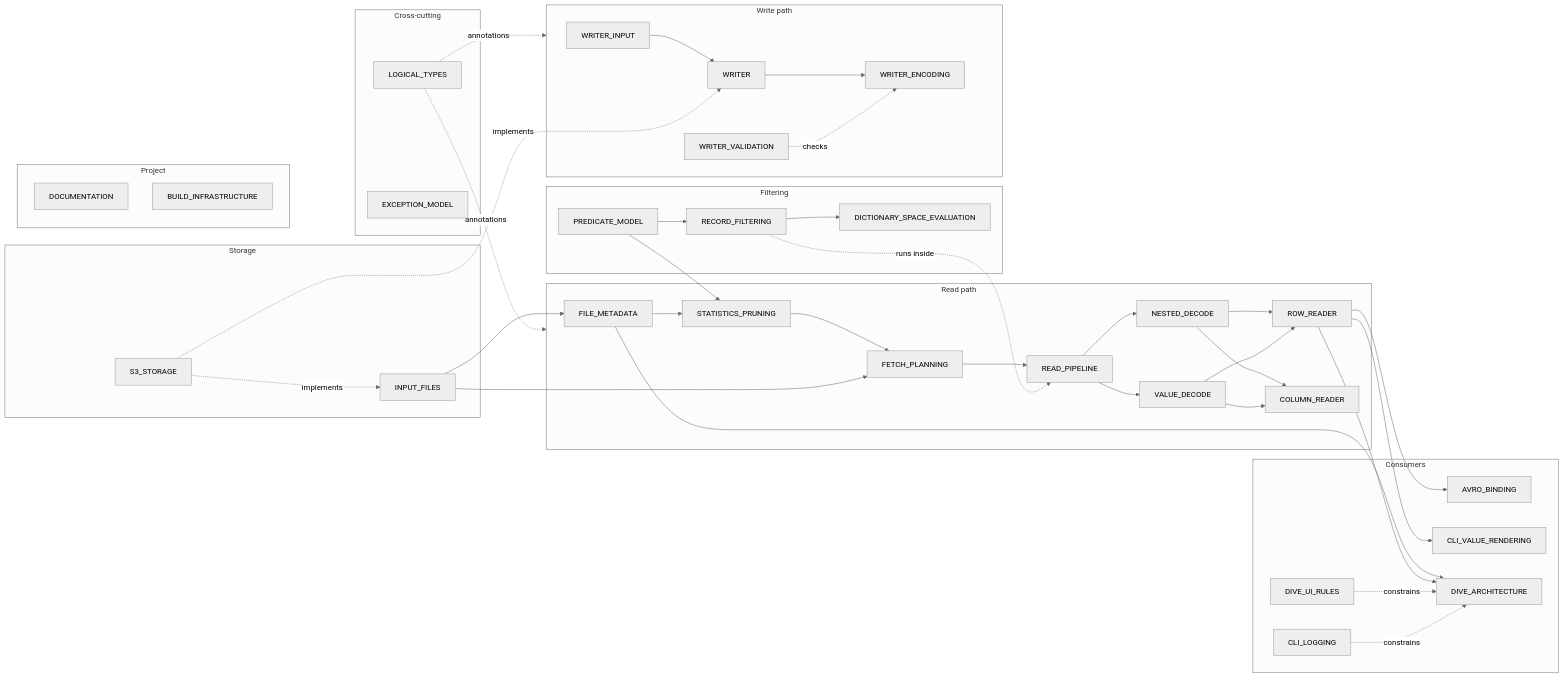
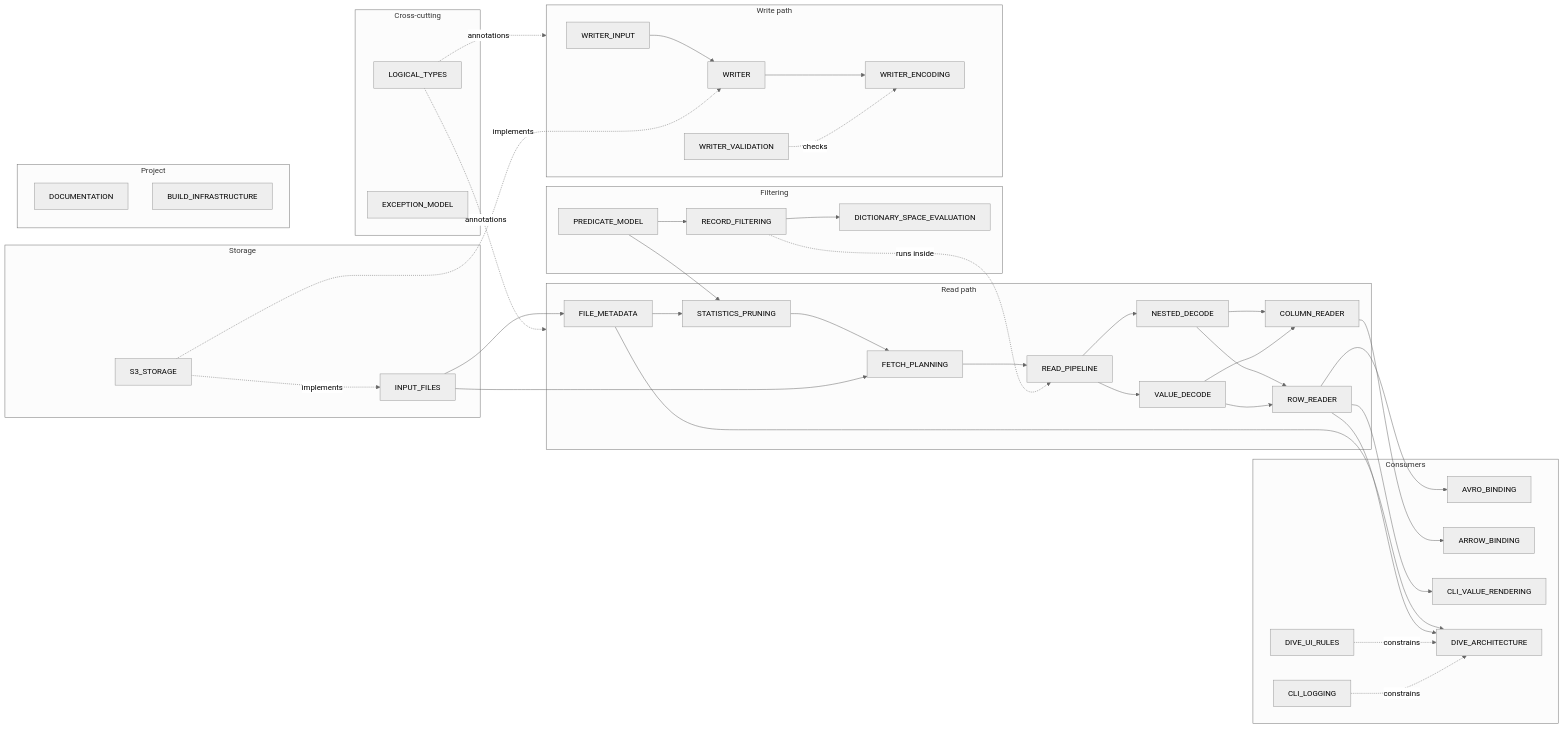
One commit to hardwood-hq/hardwood changed the diagram in ARCHITECTURE.md. Above: the diagram before and after it, drawn with Mermaid (neutral theme). The commit also changed other lines of this file and 29 other files, not shown here.

````diff
--- a/ARCHITECTURE.md
+++ b/ARCHITECTURE.md
@@ -13,64 +13,66 @@
 ```mermaid
 flowchart LR
     subgraph storage["Storage"]
         INPUT_FILES
         S3_STORAGE
     end
 
     subgraph read["Read path"]
         FILE_METADATA --> STATISTICS_PRUNING
         STATISTICS_PRUNING --> FETCH_PLANNING
         FETCH_PLANNING --> READ_PIPELINE
         READ_PIPELINE --> NESTED_DECODE
         READ_PIPELINE --> VALUE_DECODE
         NESTED_DECODE --> ROW_READER
         NESTED_DECODE --> COLUMN_READER
         VALUE_DECODE --> ROW_READER
         VALUE_DECODE --> COLUMN_READER
     end
 
     subgraph filtering["Filtering"]
         PREDICATE_MODEL --> RECORD_FILTERING
         RECORD_FILTERING --> DICTIONARY_SPACE_EVALUATION
     end
 
     subgraph write["Write path"]
         WRITER_INPUT --> WRITER
         WRITER --> WRITER_ENCODING
         WRITER_VALIDATION
     end
 
     subgraph consumers["Consumers"]
         AVRO_BINDING
+        ARROW_BINDING
         CLI_VALUE_RENDERING
         CLI_LOGGING
         DIVE_ARCHITECTURE
         DIVE_UI_RULES
     end
 
     subgraph crosscutting["Cross-cutting"]
         LOGICAL_TYPES
         EXCEPTION_MODEL
     end
 
     subgraph project["Project"]
         DOCUMENTATION
         BUILD_INFRASTRUCTURE
     end
 
     S3_STORAGE -. implements .-> INPUT_FILES
     S3_STORAGE -. implements .-> WRITER
     INPUT_FILES --> FILE_METADATA
     INPUT_FILES --> FETCH_PLANNING
     PREDICATE_MODEL --> STATISTICS_PRUNING
     RECORD_FILTERING -. runs inside .-> READ_PIPELINE
     ROW_READER --> AVRO_BINDING
+    COLUMN_READER --> ARROW_BINDING
     ROW_READER --> CLI_VALUE_RENDERING
     FILE_METADATA --> DIVE_ARCHITECTURE
     ROW_READER --> DIVE_ARCHITECTURE
     DIVE_UI_RULES -. constrains .-> DIVE_ARCHITECTURE
     CLI_LOGGING -. constrains .-> DIVE_ARCHITECTURE
     WRITER_VALIDATION -. checks .-> WRITER_ENCODING
     LOGICAL_TYPES -. annotations .-> read
     LOGICAL_TYPES -. annotations .-> write
 ```
````
